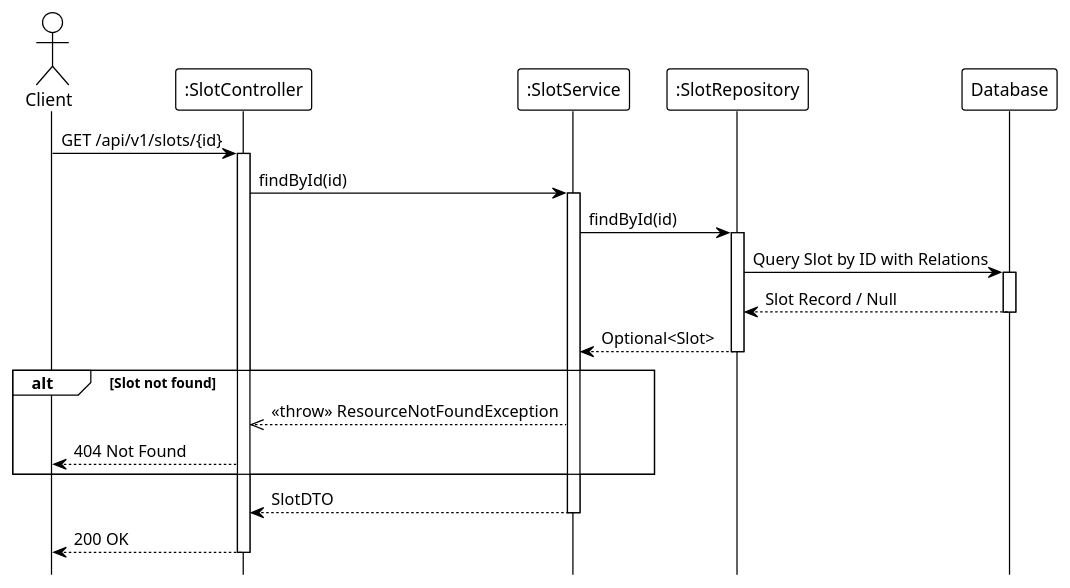
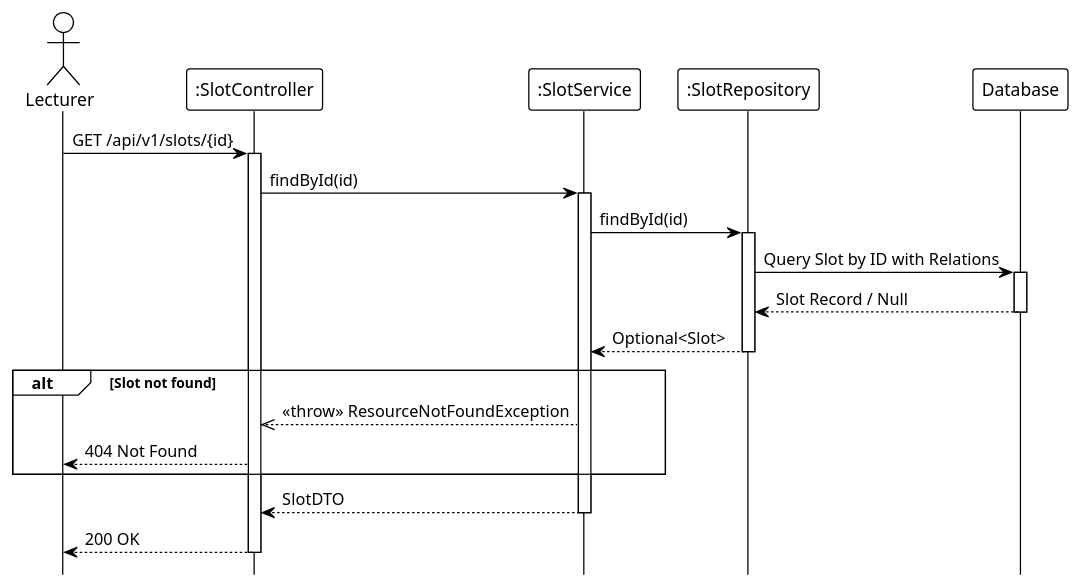
Before and after one commit to Ndh474/context: the diagram in system_detailed_design/72_view_slot_details/sequence_diagram_view_slot_details.puml, drawn with PlantUML. The commit also changed 4 other files, not shown here.

First line of the commit message:
refactor(diagrams): update actor from Client to Lecturer in sequence diagrams

```diff
--- a/system_detailed_design/72_view_slot_details/sequence_diagram_view_slot_details.puml
+++ b/system_detailed_design/72_view_slot_details/sequence_diagram_view_slot_details.puml
@@ -1,41 +1,41 @@
 @startuml view_slot_details
 !theme plain
 hide footbox
 
-actor Client
+actor Lecturer
 participant ":SlotController" as Controller
 participant ":SlotService" as Service
 participant ":SlotRepository" as Repository
 participant "Database" as DB
 
 ' --- MAIN FLOW ---
-Client -> Controller: GET /api/v1/slots/{id}
+Lecturer -> Controller: GET /api/v1/slots/{id}
 activate Controller
 
 Controller -> Service: findById(id)
 activate Service
 
 Service -> Repository: findById(id)
 activate Repository
 
 Repository -> DB: Query Slot by ID with Relations
 activate DB
 DB --> Repository: Slot Record / Null
 deactivate DB
 
 Repository --> Service: Optional<Slot>
 deactivate Repository
 
 ' --- VALIDATION LOGIC ---
 alt Slot not found
     Service -->> Controller: <<throw>> ResourceNotFoundException
-    Controller --> Client: 404 Not Found
+    Controller --> Lecturer: 404 Not Found
 end
 
 Service --> Controller: SlotDTO
 deactivate Service
 
-Controller --> Client: 200 OK
+Controller --> Lecturer: 200 OK
 deactivate Controller
 
 @enduml
```
